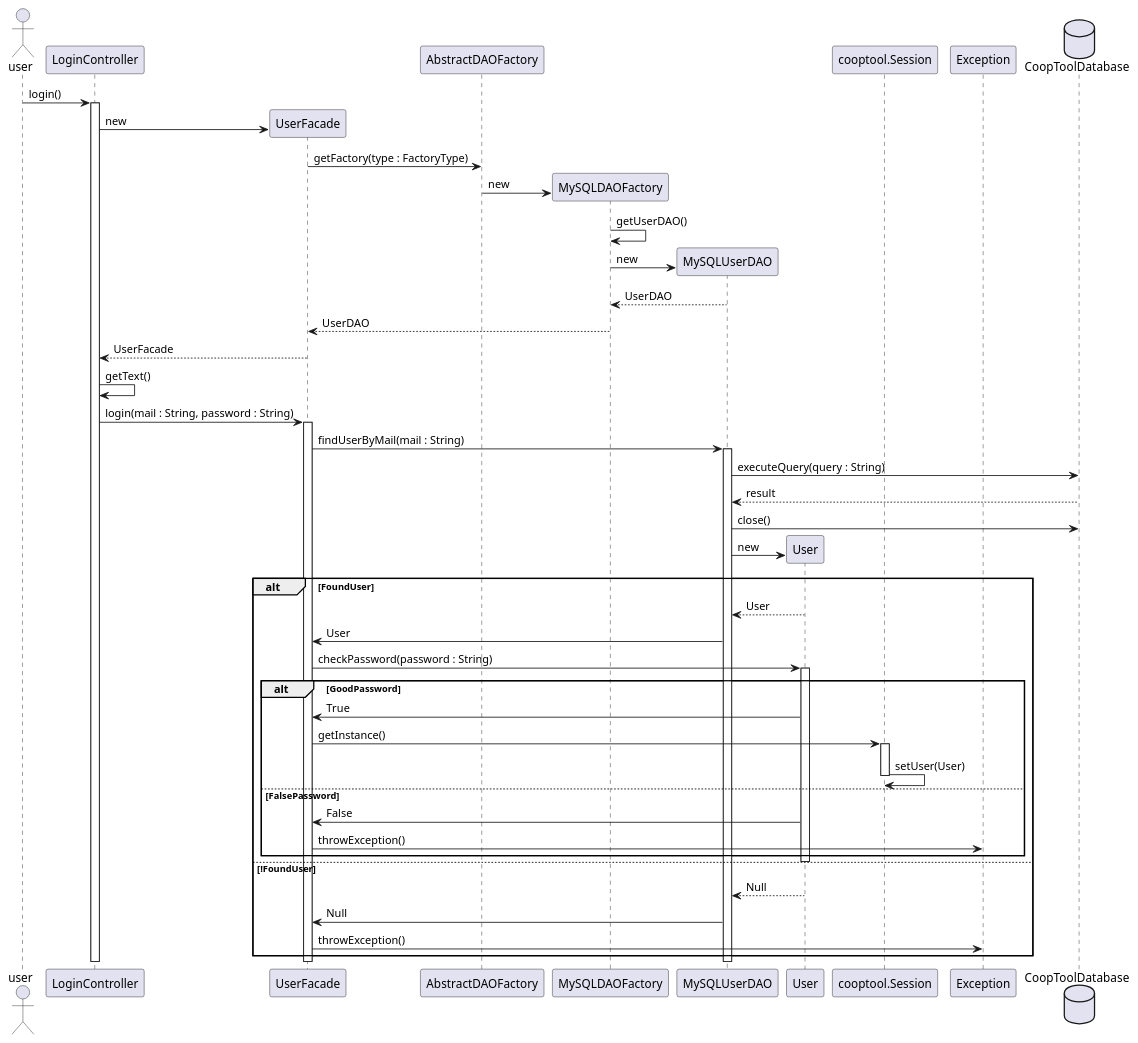
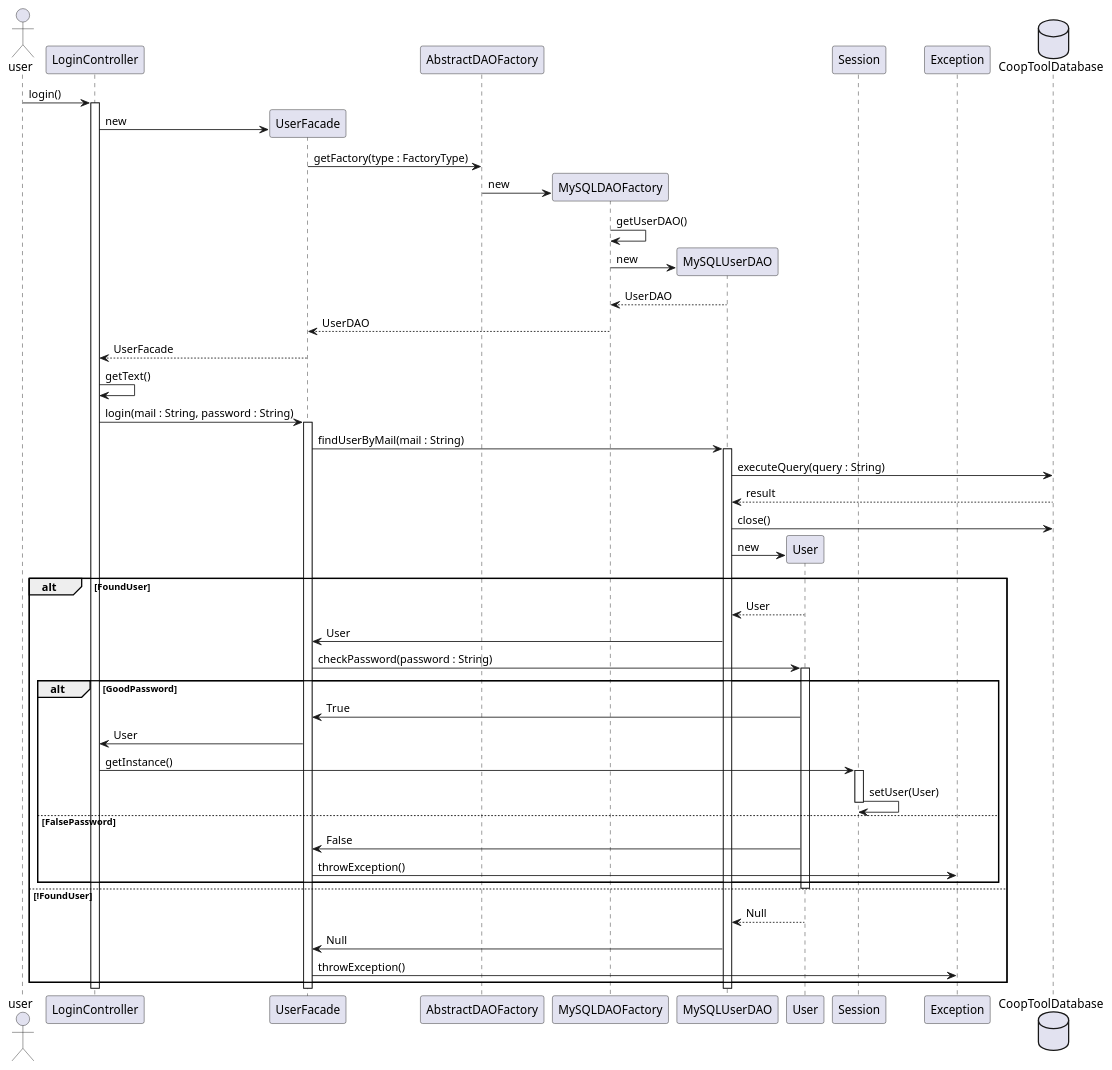
One commit to Guillaume-Dufour/coopToolProject changed the diagram in ext/sequenceDiag/loginDiagram.puml. Above: the diagram before and after it, drawn with PlantUML. The commit also changed 7 other files, not shown here.

```diff
--- a/ext/sequenceDiag/loginDiagram.puml
+++ b/ext/sequenceDiag/loginDiagram.puml
@@ -1,61 +1,62 @@
 @startuml
 
 actor user
-participant "LoginController" as loginCont
+participant LoginController
 participant UserFacade
 participant AbstractDAOFactory
 participant MySQLDAOFactory
 participant MySQLUserDAO
 participant User
-participant cooptool.Session
+participant Session
 participant Exception
 database CoopToolDatabase
-user -> loginCont : login()
-activate loginCont
+user -> LoginController : login()
+activate LoginController
 create UserFacade
-loginCont -> UserFacade  : new
+LoginController -> UserFacade  : new
 UserFacade -> AbstractDAOFactory : getFactory(type : FactoryType)
 create MySQLDAOFactory
 AbstractDAOFactory -> MySQLDAOFactory : new
 MySQLDAOFactory -> MySQLDAOFactory : getUserDAO()
 create MySQLUserDAO
 MySQLDAOFactory -> MySQLUserDAO : new
 MySQLUserDAO --> MySQLDAOFactory : UserDAO
 MySQLDAOFactory --> UserFacade : UserDAO
-UserFacade --> loginCont : UserFacade
-loginCont -> loginCont : getText()
-loginCont -> UserFacade : login(mail : String, password : String)
+UserFacade --> LoginController : UserFacade
+LoginController -> LoginController : getText()
+LoginController -> UserFacade : login(mail : String, password : String)
 activate UserFacade
 UserFacade -> MySQLUserDAO : findUserByMail(mail : String)
 activate MySQLUserDAO
 MySQLUserDAO -> CoopToolDatabase : executeQuery(query : String)
 CoopToolDatabase --> MySQLUserDAO : result
 MySQLUserDAO -> CoopToolDatabase : close()
 create User
 MySQLUserDAO -> User : new
 alt FoundUser
 User --> MySQLUserDAO : User
 MySQLUserDAO -> UserFacade : User
 UserFacade -> User : checkPassword(password : String)
 activate User
 alt GoodPassword
 User -> UserFacade : True
-UserFacade -> cooptool.Session : getInstance()
-activate cooptool.Session
-cooptool.Session -> cooptool.Session : setUser(User)
-deactivate cooptool.Session
+UserFacade -> LoginController : User
+LoginController -> Session : getInstance()
+activate Session
+Session -> Session : setUser(User)
+deactivate Session
 else FalsePassword
 User -> UserFacade : False
 UserFacade -> Exception : throwException()
 end
 deactivate User
 else !FoundUser
 User --> MySQLUserDAO : Null
 MySQLUserDAO -> UserFacade : Null
 UserFacade -> Exception : throwException()
 end
-deactivate loginCont
+deactivate LoginController
 deactivate UserFacade
 deactivate MySQLUserDAO
 
 @enduml
```
